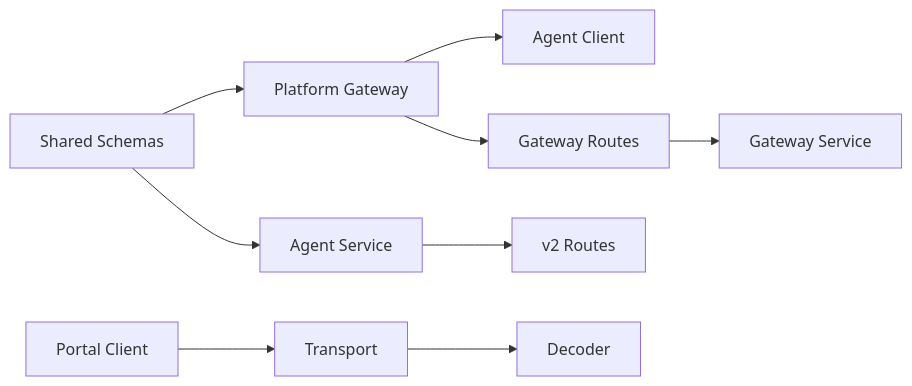
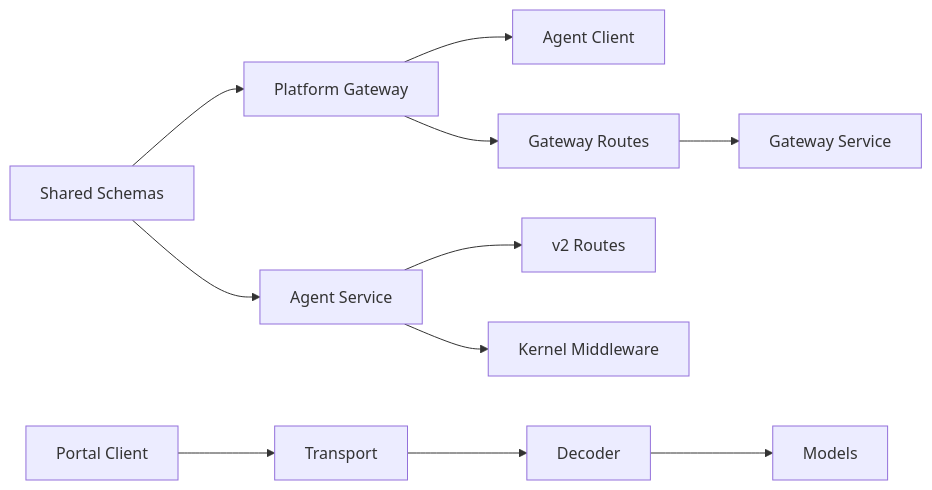
Before and after one commit to metasync/luban-aiops: the third of 3 diagrams in .qoder/repowiki/en/content/Shared Contracts/API Schemas/Agent Communication Schemas/Streaming Event Schemas.md, drawn with Mermaid. The commit also changed other lines of this file and 215 other files, not shown here.

````diff
--- a/.qoder/repowiki/en/content/Shared Contracts/API Schemas/Agent Communication Schemas/Streaming Event Schemas.md
+++ b/.qoder/repowiki/en/content/Shared Contracts/API Schemas/Agent Communication Schemas/Streaming Event Schemas.md
@@ -273,11 +330,13 @@
 ```mermaid
 graph LR
 Schema["Shared Schemas"] --> Gateway["Platform Gateway"]
 Schema --> AgentService["Agent Service"]
 Gateway --> AgentClient["Agent Client"]
 Gateway --> Routes["Gateway Routes"]
 Routes --> GatewayService["Gateway Service"]
 AgentService --> V2Routes["v2 Routes"]
+AgentService --> KernelMiddleware["Kernel Middleware"]
 Portal["Portal Client"] --> Transport["Transport"]
 Transport --> Decoder["Decoder"]
+Decoder --> Models["Models"]
 ```
````
